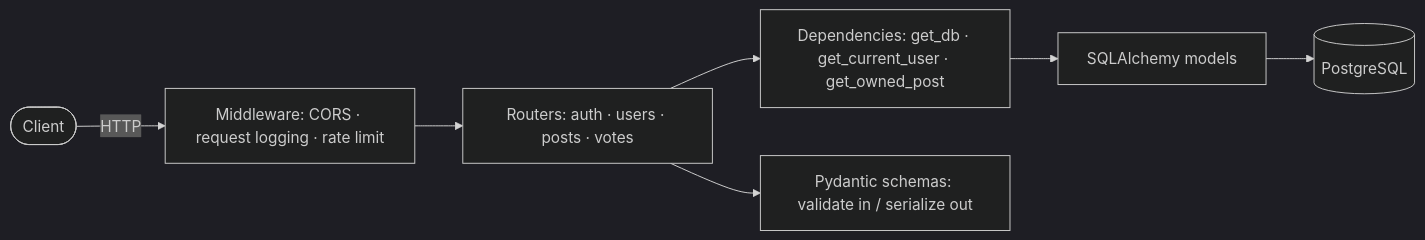
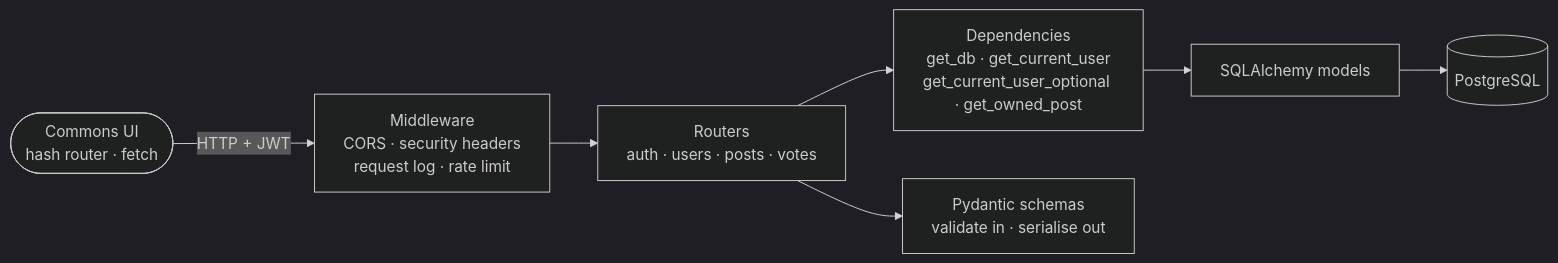
One commit to AndrewTechTips/social-feed-application changed the diagram in README.md. Above: the diagram before and after it, drawn with Mermaid (dark theme). The commit also changed other lines of this file and 39 other files, not shown here.

Commit message:
feat: add coverage reporting and improve security headers; enhance user authentication checks and implement draft visibility rules

````diff
--- a/README.md
+++ b/README.md
@@ -27,9 +103,9 @@
 ```mermaid
 flowchart LR
-    client([Client]) -->|HTTP| mw[Middleware: CORS · request logging · rate limit]
-    mw --> routers[Routers: auth · users · posts · votes]
-    routers --> deps[Dependencies: get_db · get_current_user · get_owned_post]
+    ui([Commons UI<br/>hash router · fetch]) -->|HTTP + JWT| mw[Middleware<br/>CORS · security headers<br/>request log · rate limit]
+    mw --> routers[Routers<br/>auth · users · posts · votes]
+    routers --> deps[Dependencies<br/>get_db · get_current_user<br/>get_current_user_optional · get_owned_post]
     deps --> orm[SQLAlchemy models]
     orm --> db[(PostgreSQL)]
-    routers --> schemas[Pydantic schemas: validate in / serialize out]
+    routers --> schemas[Pydantic schemas<br/>validate in · serialise out]
 ```
````
